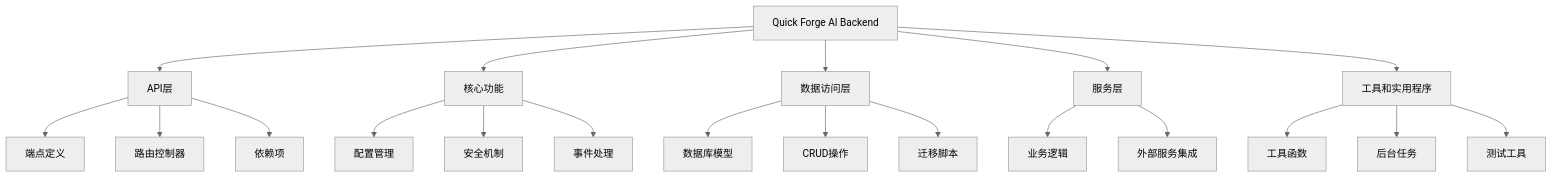
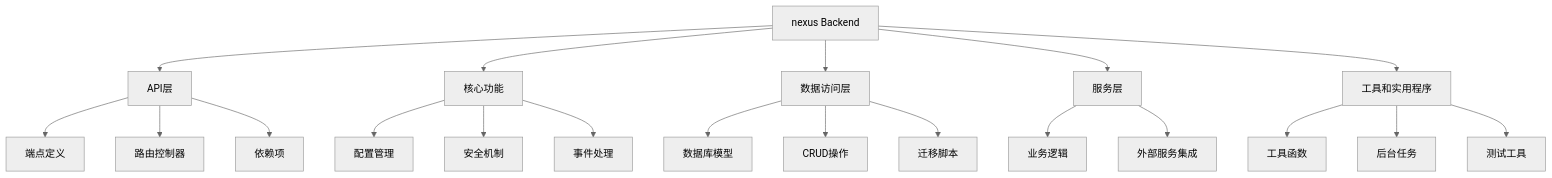
Before and after one commit to telepace/nexus: the first of 3 diagrams in website/src/content/zh/docs/backend/components-and-layout.mdx, drawn with Mermaid (neutral theme). The commit also changed other lines of this file and 318 other files, not shown here.

````diff
--- a/website/src/content/zh/docs/backend/components-and-layout.mdx
+++ b/website/src/content/zh/docs/backend/components-and-layout.mdx
@@ -14,27 +14,27 @@
 ```mermaid
 flowchart TD
-    A[Quick Forge AI Backend] --> B[API层]
+    A[nexus Backend] --> B[API层]
     A --> C[核心功能]
     A --> D[数据访问层]
     A --> E[服务层]
     A --> F[工具和实用程序]
     
     B --> B1[端点定义]
     B --> B2[路由控制器]
     B --> B3[依赖项]
     
     C --> C1[配置管理]
     C --> C2[安全机制]
     C --> C3[事件处理]
     
     D --> D1[数据库模型]
     D --> D2[CRUD操作]
     D --> D3[迁移脚本]
     
     E --> E1[业务逻辑]
     E --> E2[外部服务集成]
     
     F --> F1[工具函数]
     F --> F2[后台任务]
     F --> F3[测试工具]
 ```
````
